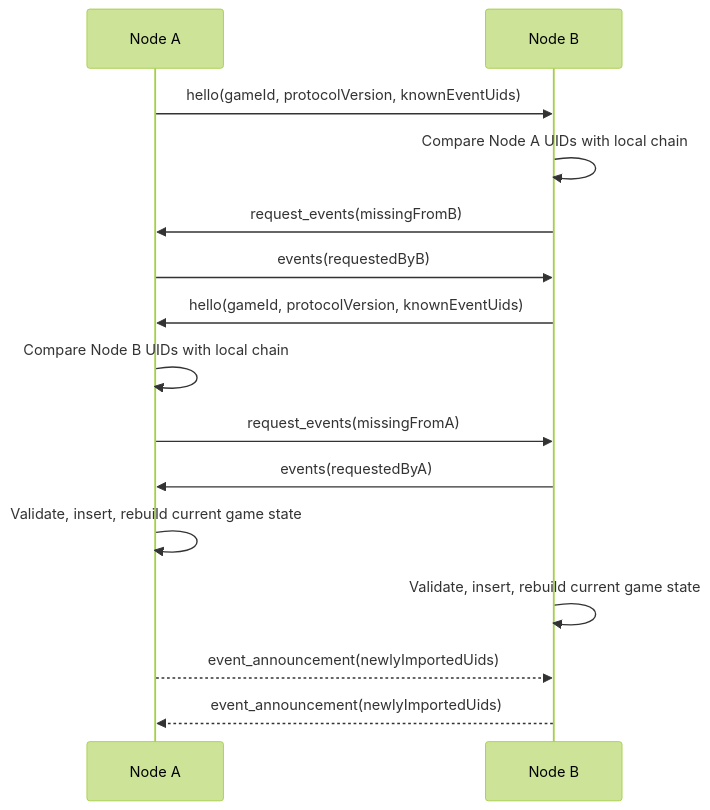
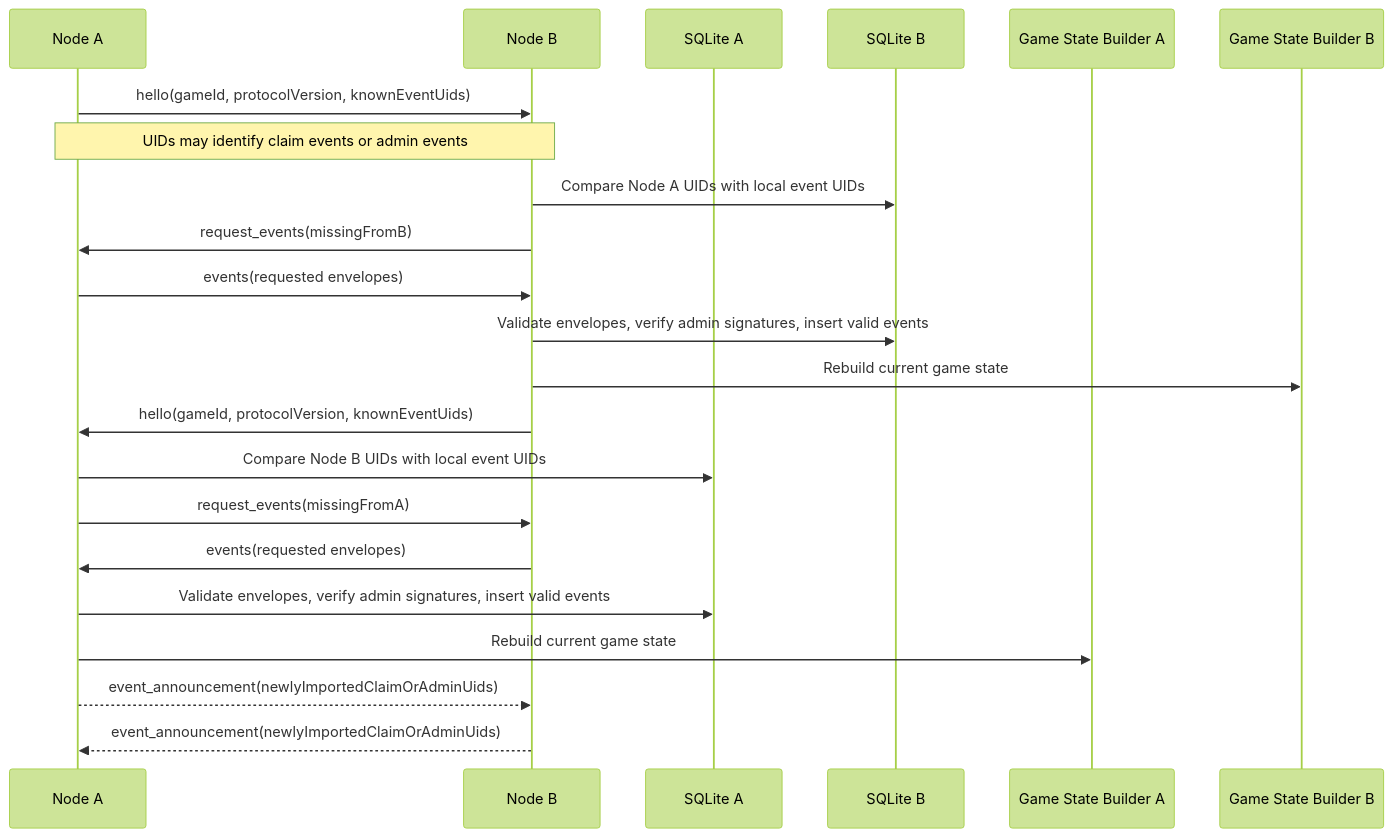
Before and after one commit to Gabriel-Gerdes/HumanHaunt: the fourth of 5 diagrams in docs/design-doc-v1.md, drawn with Mermaid (forest theme). The commit also changed other lines of this file, not shown here.

Commit message:
update the Mermaid diagram

````diff
--- a/docs/design-doc-v1.md
+++ b/docs/design-doc-v1.md
@@ -544,17 +568,27 @@
 ```mermaid
 sequenceDiagram
   participant A as Node A
   participant B as Node B
+  participant StoreA as SQLite A
+  participant StoreB as SQLite B
+  participant BuilderA as Game State Builder A
+  participant BuilderB as Game State Builder B
+
   A->>B: hello(gameId, protocolVersion, knownEventUids)
-  B->>B: Compare Node A UIDs with local chain
+  Note over A,B: UIDs may identify claim events or admin events
+  B->>StoreB: Compare Node A UIDs with local event UIDs
   B->>A: request_events(missingFromB)
-  A->>B: events(requestedByB)
+  A->>B: events(requested envelopes)
+  B->>StoreB: Validate envelopes, verify admin signatures, insert valid events
+  B->>BuilderB: Rebuild current game state
+
   B->>A: hello(gameId, protocolVersion, knownEventUids)
-  A->>A: Compare Node B UIDs with local chain
+  A->>StoreA: Compare Node B UIDs with local event UIDs
   A->>B: request_events(missingFromA)
-  B->>A: events(requestedByA)
-  A->>A: Validate, insert, rebuild current game state
-  B->>B: Validate, insert, rebuild current game state
-  A-->>B: event_announcement(newlyImportedUids)
-  B-->>A: event_announcement(newlyImportedUids)
+  B->>A: events(requested envelopes)
+  A->>StoreA: Validate envelopes, verify admin signatures, insert valid events
+  A->>BuilderA: Rebuild current game state
+
+  A-->>B: event_announcement(newlyImportedClaimOrAdminUids)
+  B-->>A: event_announcement(newlyImportedClaimOrAdminUids)
 ```
````
